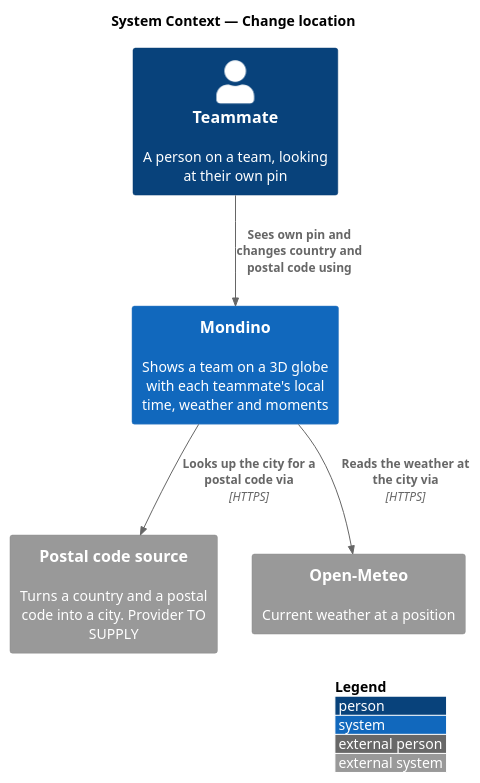
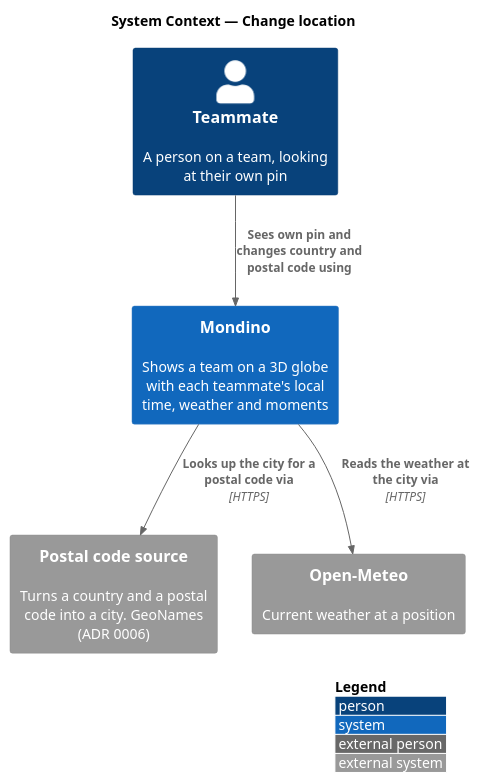
Before and after one commit to QuinntyneBrown/Mondino: the diagram in docs/detailed-designs/profile/change-location/diagrams/c4-context.puml, drawn with PlantUML. The commit also changed 17 other files, not shown here.

```diff
--- a/docs/detailed-designs/profile/change-location/diagrams/c4-context.puml
+++ b/docs/detailed-designs/profile/change-location/diagrams/c4-context.puml
@@ -1,14 +1,14 @@
 @startuml
 !include <C4/C4_Context>
 LAYOUT_WITH_LEGEND()
 title System Context — Change location
 
 Person(teammate, "Teammate", "A person on a team, looking at their own pin")
 System(mondino, "Mondino", "Shows a team on a 3D globe with each teammate's local time, weather and moments")
-System_Ext(postal, "Postal code source", "Turns a country and a postal code into a city. Provider TO SUPPLY")
+System_Ext(postal, "Postal code source", "Turns a country and a postal code into a city. GeoNames (ADR 0006)")
 System_Ext(meteo, "Open-Meteo", "Current weather at a position")
 
 Rel(teammate, mondino, "Sees own pin and changes country and postal code using")
 Rel(mondino, postal, "Looks up the city for a postal code via", "HTTPS")
 Rel(mondino, meteo, "Reads the weather at the city via", "HTTPS")
 @enduml
```
